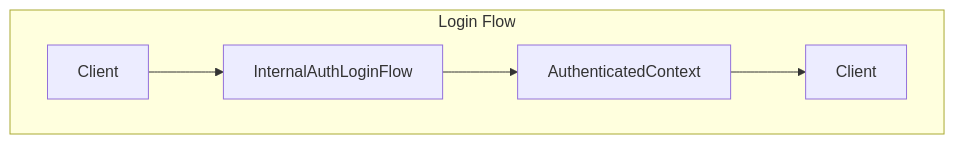
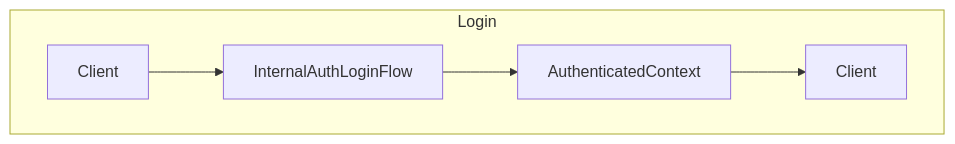
One commit to ahmedelsherif-osama/publisher-erp changed the first of 6 diagrams in src/docs/authflow.md. Above: the diagram before and after it, drawn with Mermaid. The commit also changed other lines of this file and 1 other file, not shown here.

Commit message:
docs: simplify auth and order flow diagrams by removing "Flow" from graph titles

````diff
--- a/src/docs/authflow.md
+++ b/src/docs/authflow.md
@@ -6,8 +6,8 @@
     ```mermaid
    graph TD;
-    subgraph "Login Flow"
+    subgraph "Login"
         A[Client] --> B[InternalAuthLoginFlow]
         B --> C[AuthenticatedContext]
         C --> D[Client]
     end
     ```
````
